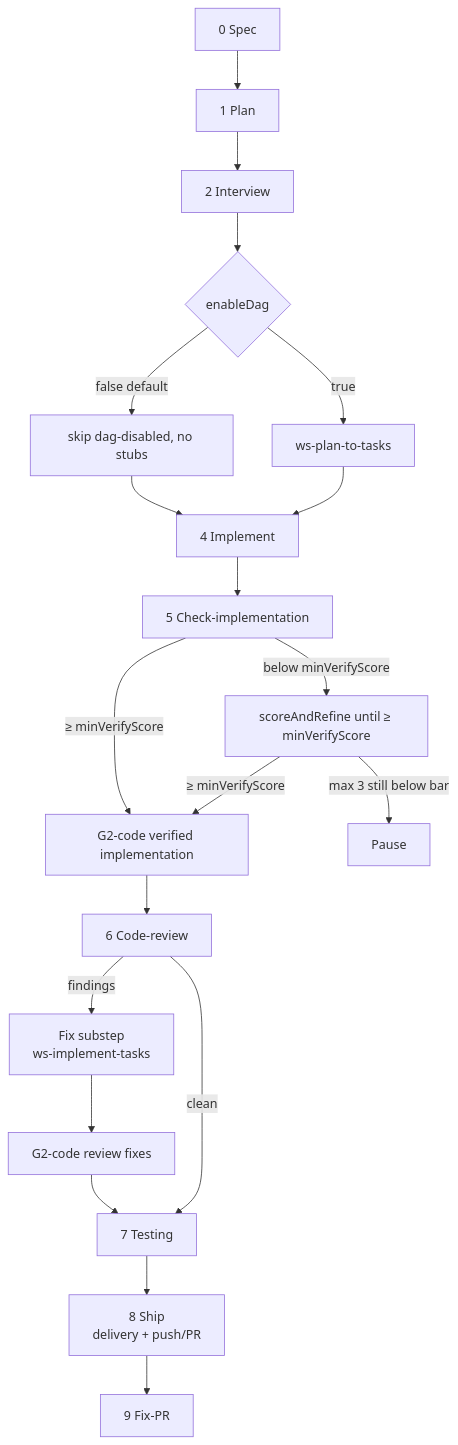
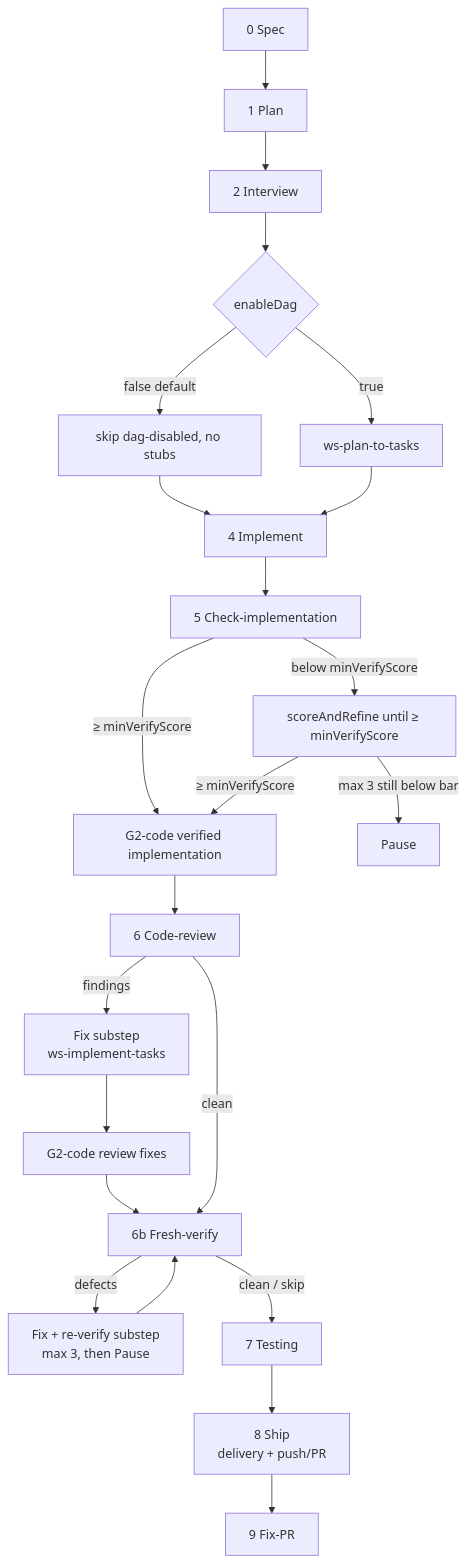
Before and after one commit to jpolvora/workflow-skills: the second of 6 diagrams in .agents/skills/ws-spec-to-pr/DIAGRAM.md, drawn with Mermaid. The commit also changed other lines of this file and 23 other files, not shown here.

````diff
--- a/.agents/skills/ws-spec-to-pr/DIAGRAM.md
+++ b/.agents/skills/ws-spec-to-pr/DIAGRAM.md
@@ -25,22 +25,25 @@
 ```mermaid
 flowchart TD
   S0[0 Spec] --> S1[1 Plan]
   S1 --> S2[2 Interview]
   S2 --> S3{enableDag}
   S3 -->|false default| Skip[skip dag-disabled, no stubs]
   S3 -->|true| Dag[ws-plan-to-tasks]
   Skip --> S4[4 Implement]
   Dag --> S4
   S4 --> S5[5 Check-implementation]
   S5 -->|≥ minVerifyScore| C1[G2-code verified implementation]
   S5 -->|below minVerifyScore| G5[scoreAndRefine until ≥ minVerifyScore]
   G5 -->|≥ minVerifyScore| C1
   G5 -->|max 3 still below bar| P[Pause]
   C1 --> S6[6 Code-review]
   S6 -->|findings| Fix[Fix substep<br/>ws-implement-tasks]
   Fix --> C2[G2-code review fixes]
-  C2 --> S7[7 Testing]
-  S6 -->|clean| S7
+  C2 --> FV[6b Fresh-verify]
+  S6 -->|clean| FV
+  FV -->|defects| FVFix[Fix + re-verify substep<br/>max 3, then Pause]
+  FVFix --> FV
+  FV -->|clean / skip| S7[7 Testing]
   S7 --> S8[8 Ship<br/>delivery + push/PR]
   S8 --> S9[9 Fix-PR]
 ```
````
